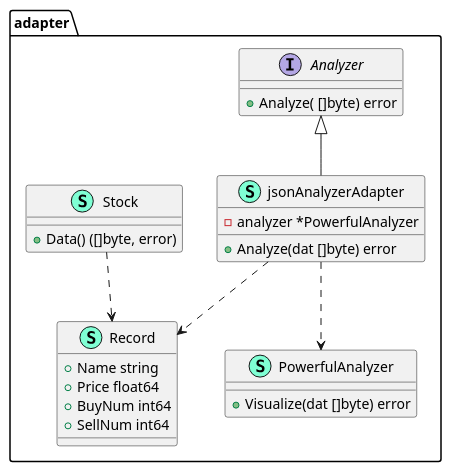
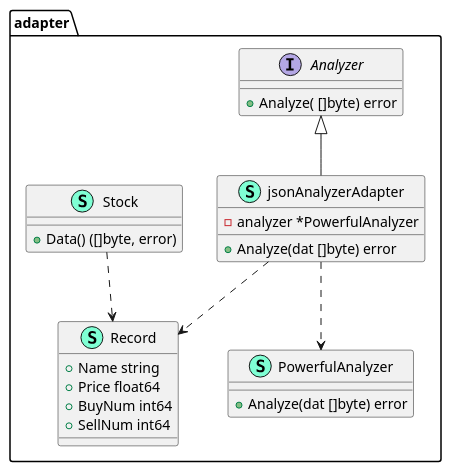
The diagram in structural/1_adapter/file.puml (hitzhangjie/go-patterns), drawn with PlantUML before and after one commit. The commit also changed 4 other files, not shown here.

```diff
--- a/structural/1_adapter/file.puml
+++ b/structural/1_adapter/file.puml
@@ -1,37 +1,37 @@
 @startuml
 namespace adapter {
     interface Analyzer  {
         + Analyze( []byte) error
 
     }
     class PowerfulAnalyzer << (S,Aquamarine) >> {
-        + Visualize(dat []byte) error
+        + Analyze(dat []byte) error
 
     }
     class Record << (S,Aquamarine) >> {
         + Name string
         + Price float64
         + BuyNum int64
         + SellNum int64
 
     }
     class Stock << (S,Aquamarine) >> {
         + Data() ([]byte, error)
 
     }
     class jsonAnalyzerAdapter << (S,Aquamarine) >> {
         - analyzer *PowerfulAnalyzer
 
         + Analyze(dat []byte) error
 
     }
 }
 
 "adapter.Analyzer" <|-- "adapter.jsonAnalyzerAdapter"
 
 "adapter.jsonAnalyzerAdapter" ..> "adapter.PowerfulAnalyzer"
 "adapter.jsonAnalyzerAdapter" ..> "adapter.Record"
 
 "adapter.Stock" ..> "adapter.Record"
 
 @enduml
```
